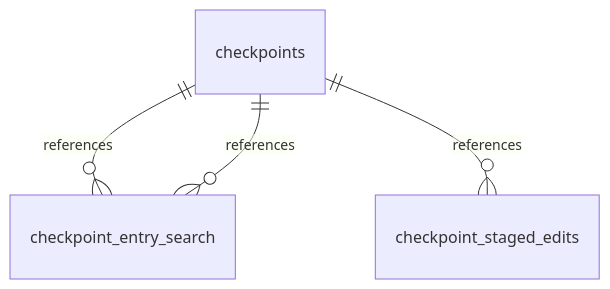
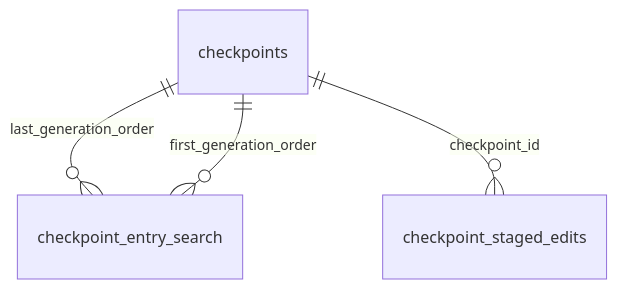
Before and after one commit to cebertowicz/corsia: the diagram in docs/reference/data-model/context-and-memory.md, drawn with Mermaid. The commit also changed 10 other files, not shown here.

````diff
--- a/docs/reference/data-model/context-and-memory.md
+++ b/docs/reference/data-model/context-and-memory.md
@@ -7,6 +7,6 @@
 ```mermaid
 erDiagram
-    checkpoints ||--o{ checkpoint_entry_search : references
-    checkpoints ||--o{ checkpoint_entry_search : references
-    checkpoints ||--o{ checkpoint_staged_edits : references
+    checkpoints ||--o{ checkpoint_entry_search : last_generation_order
+    checkpoints ||--o{ checkpoint_entry_search : first_generation_order
+    checkpoints ||--o{ checkpoint_staged_edits : checkpoint_id
 ```
````
